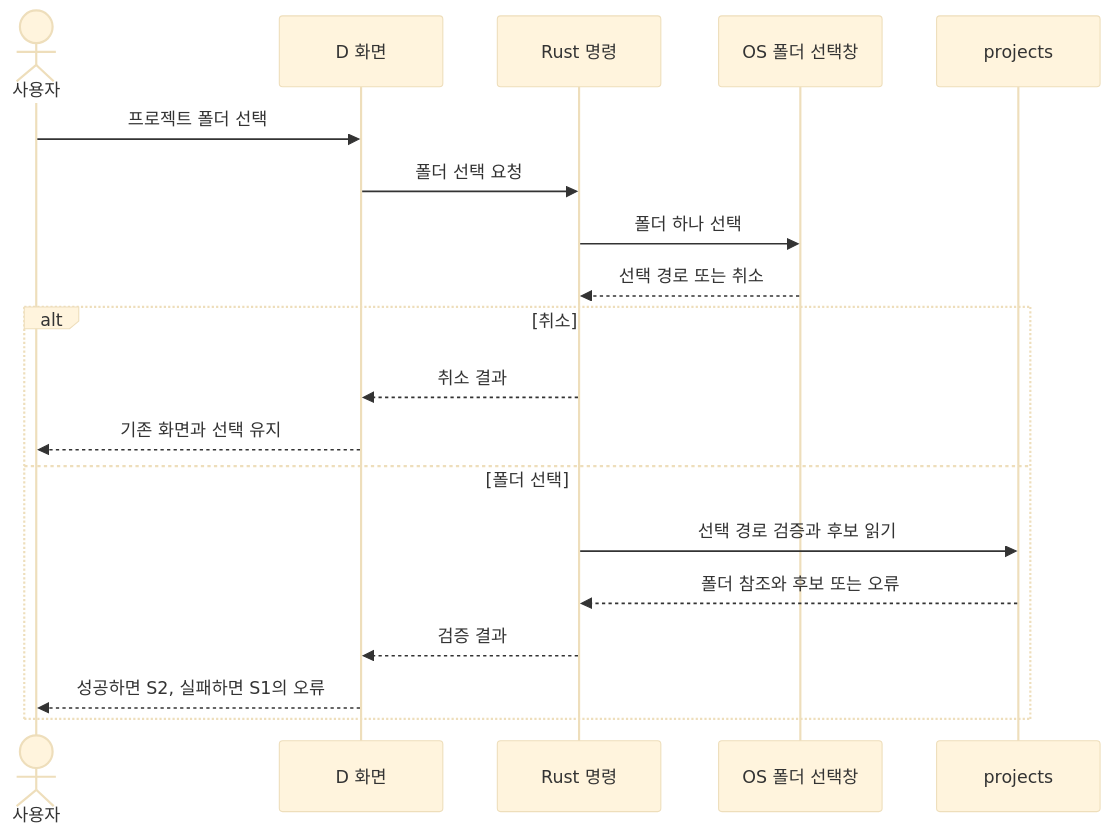
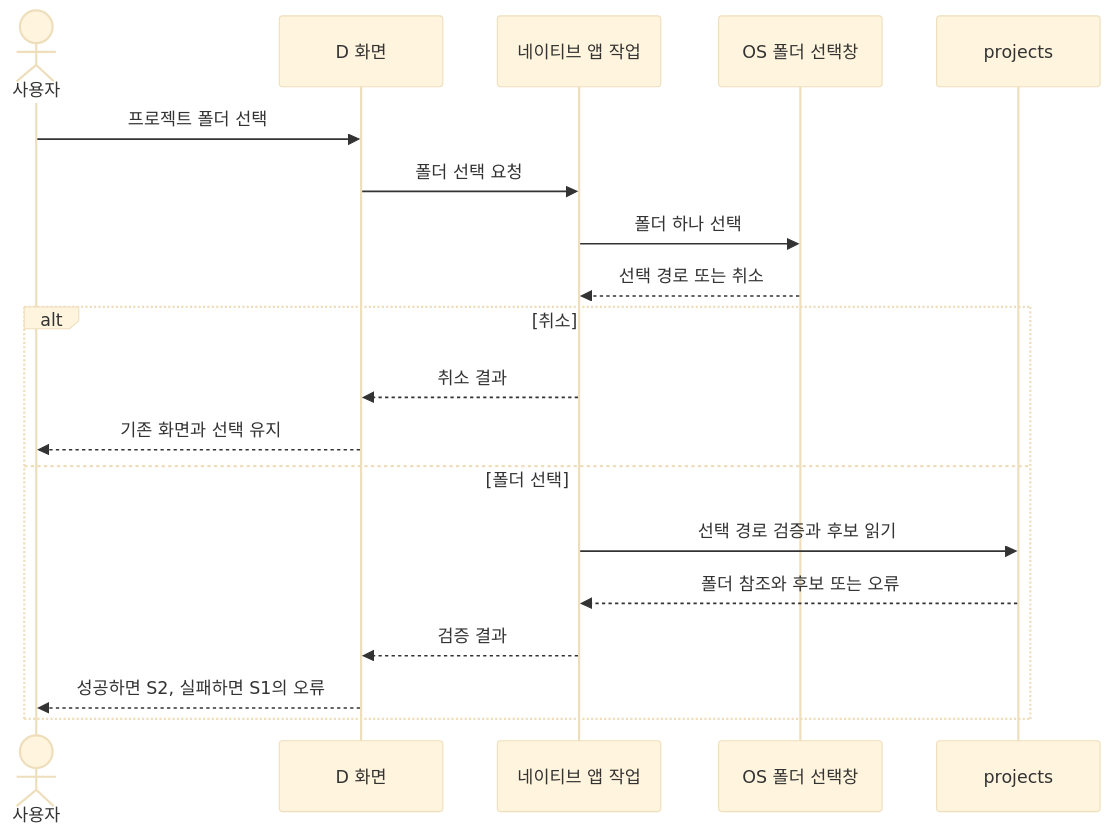
One commit to mabyko/EnvHandoff changed the fourth of 4 diagrams in docs/app-design.md. Above: the diagram before and after it, drawn with Mermaid (base theme). The commit also changed other lines of this file and 13 other files, not shown here.

````diff
--- a/docs/app-design.md
+++ b/docs/app-design.md
@@ -259,21 +244,21 @@
 ```mermaid
 sequenceDiagram
   actor U as 사용자
   participant V as D 화면
-  participant C as Rust 명령
+  participant C as 네이티브 앱 작업
   participant O as OS 폴더 선택창
   participant P as projects
   U->>V: 프로젝트 폴더 선택
   V->>C: 폴더 선택 요청
   C->>O: 폴더 하나 선택
   O-->>C: 선택 경로 또는 취소
   alt 취소
     C-->>V: 취소 결과
     V-->>U: 기존 화면과 선택 유지
   else 폴더 선택
     C->>P: 선택 경로 검증과 후보 읽기
     P-->>C: 폴더 참조와 후보 또는 오류
     C-->>V: 검증 결과
     V-->>U: 성공하면 S2, 실패하면 S1의 오류
   end
 ```
````
